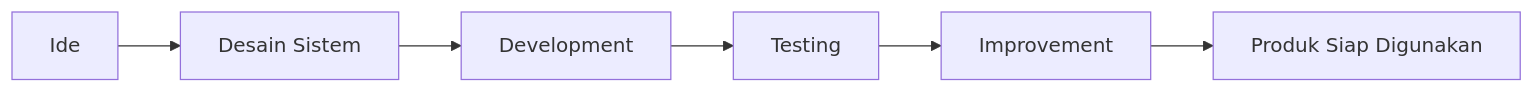
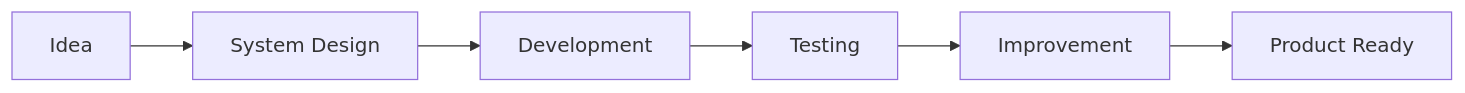
Before and after one commit to SatriaFarel/Satriafarel: the second of 2 diagrams in README.md, drawn with Mermaid. The commit also changed other lines of this file, not shown here.

````diff
--- a/README.md
+++ b/README.md
@@ -136,8 +112,8 @@
 ```mermaid
 flowchart LR
-Idea[Ide] --> Design[Desain Sistem]
+Idea[Idea] --> Design[System Design]
 Design --> Development[Development]
 Development --> Testing[Testing]
 Testing --> Improvement[Improvement]
-Improvement --> Product[Produk Siap Digunakan]
+Improvement --> Product[Product Ready]
 ```
````
